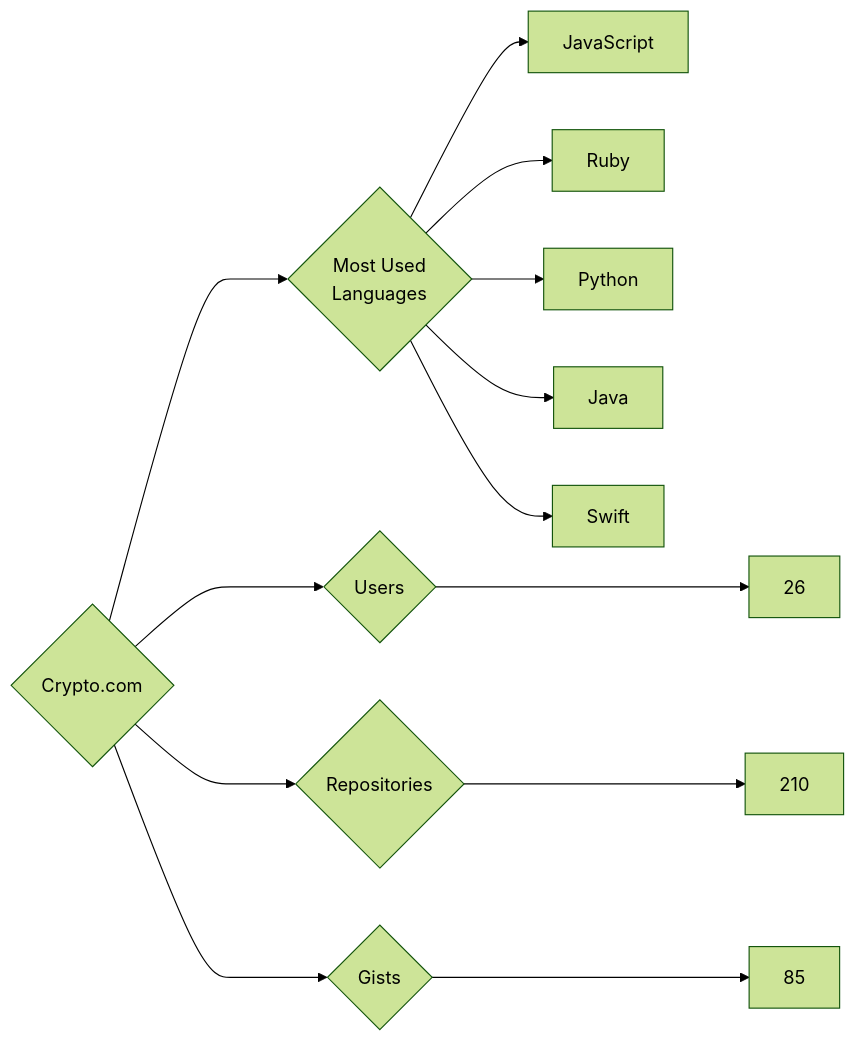
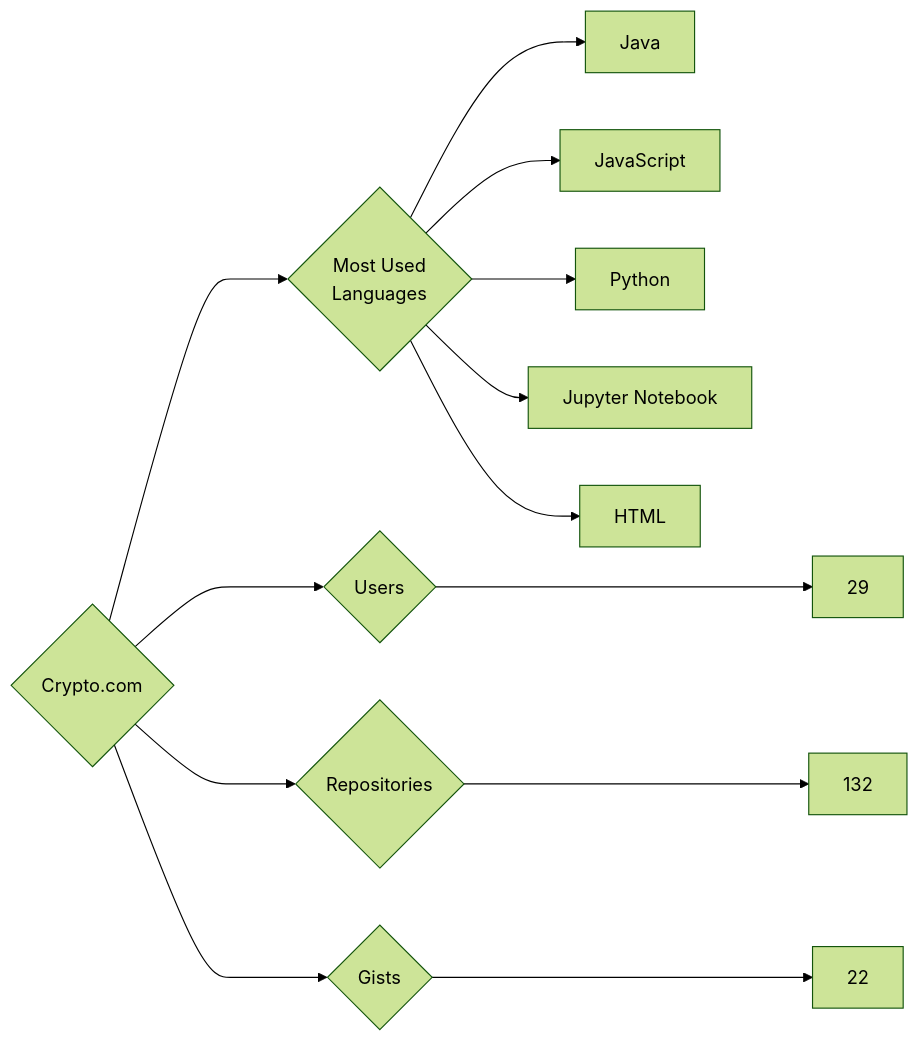
One commit to trickest/insiders changed the diagram in targets/Crypto.com/README.md. Above: the diagram before and after it, drawn with Mermaid (forest theme). The commit also changed 633 other files, not shown here.

````diff
--- a/targets/Crypto.com/README.md
+++ b/targets/Crypto.com/README.md
@@ -3,13 +3,13 @@
 ```mermaid
 graph LR
 COMPANY_NAME{Crypto.com}
-COMPANY_NAME ---> U{Users} ---> UN[26]
-COMPANY_NAME ---> R{Repositories} ---> RN[210]
-COMPANY_NAME ---> G{Gists} ---> GN[85]
+COMPANY_NAME ---> U{Users} ---> UN[29]
+COMPANY_NAME ---> R{Repositories} ---> RN[132]
+COMPANY_NAME ---> G{Gists} ---> GN[22]
 COMPANY_NAME ---> ML{Most Used<br>Languages}
+ML --> Java[Java]
 ML --> JavaScript[JavaScript]
-ML --> Ruby[Ruby]
 ML --> Python[Python]
-ML --> Java[Java]
-ML --> Swift[Swift]
+ML --> Jupyter_Notebook[Jupyter Notebook]
+ML --> HTML[HTML]
 ```
````
